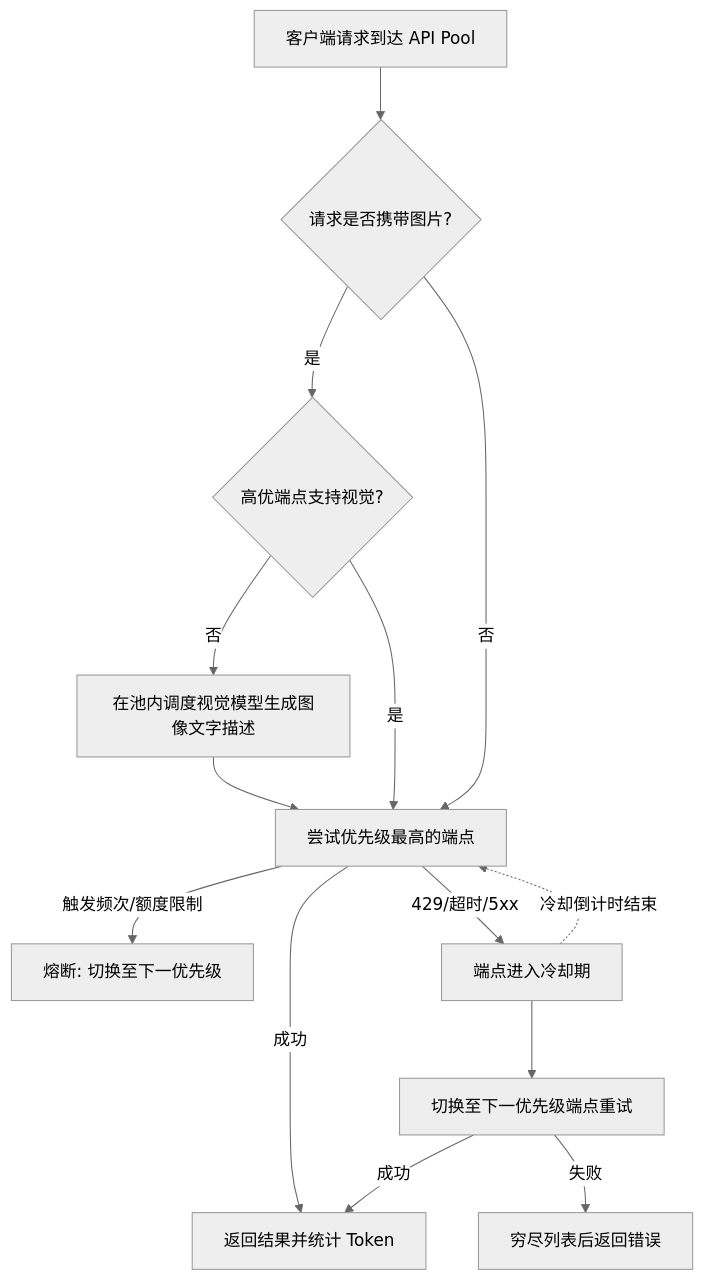
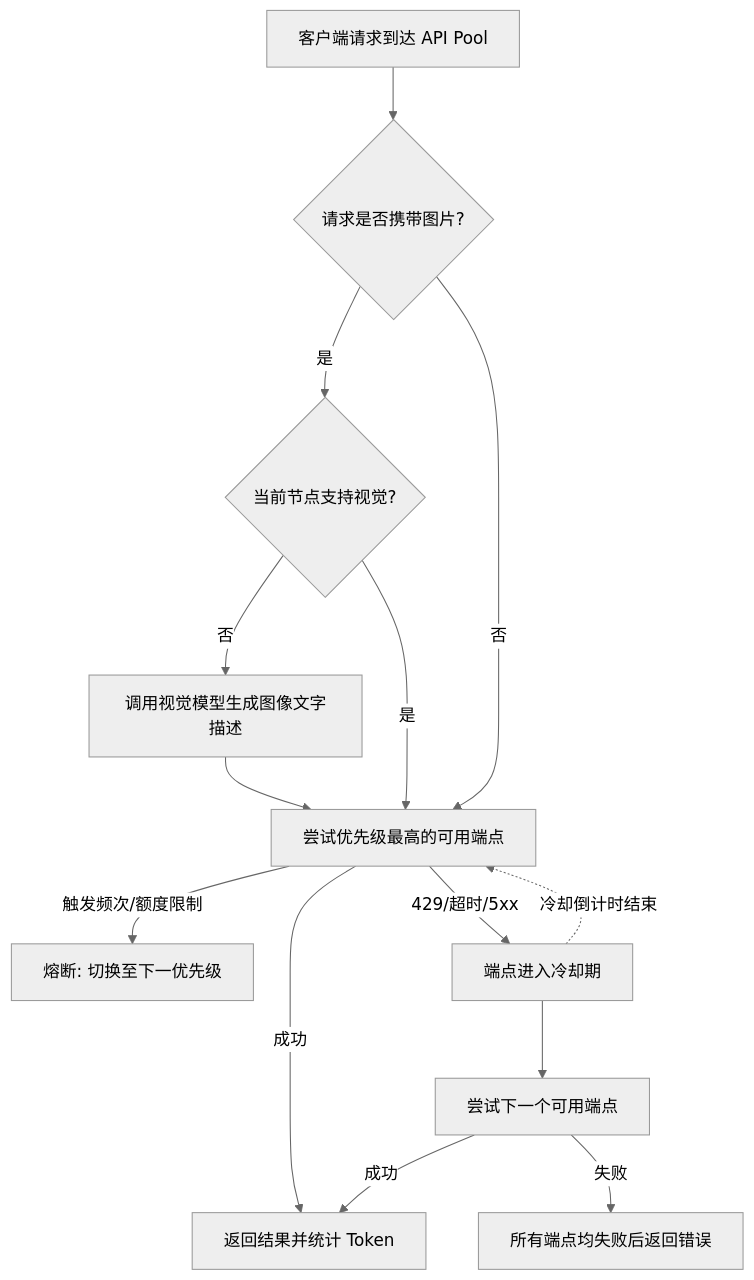
The diagram in README.md (thvse/api-pool), drawn with Mermaid (neutral theme) before and after one commit. The commit also changed other lines of this file, not shown here.

````diff
--- a/README.md
+++ b/README.md
@@ -70,17 +70,17 @@
 ```mermaid
 graph TD
     A[客户端请求到达 API Pool] --> B{请求是否携带图片?}
-    B -- 是 --> V1{高优端点支持视觉?}
-    V1 -- 否 --> V2[在池内调度视觉模型生成图像文字描述]
+    B -- 是 --> V1{当前节点支持视觉?}
+    V1 -- 否 --> V2[调用视觉模型生成图像文字描述]
     V2 --> C
     V1 -- 是 --> C
-    B -- 否 --> C[尝试优先级最高的端点]
+    B -- 否 --> C[尝试优先级最高的可用端点]
     
     C -- 触发频次/额度限制 --> D[熔断: 切换至下一优先级]
     C -- 成功 --> E[返回结果并统计 Token]
     C -- 429/超时/5xx --> F[端点进入冷却期]
-    F --> G[切换至下一优先级端点重试]
+    F --> G[尝试下一个可用端点]
     G -- 成功 --> E
-    G -- 失败 --> H[穷尽列表后返回错误]
+    G -- 失败 --> H[所有端点均失败后返回错误]
     F -. 冷却倒计时结束 .-> C
 ```
````
